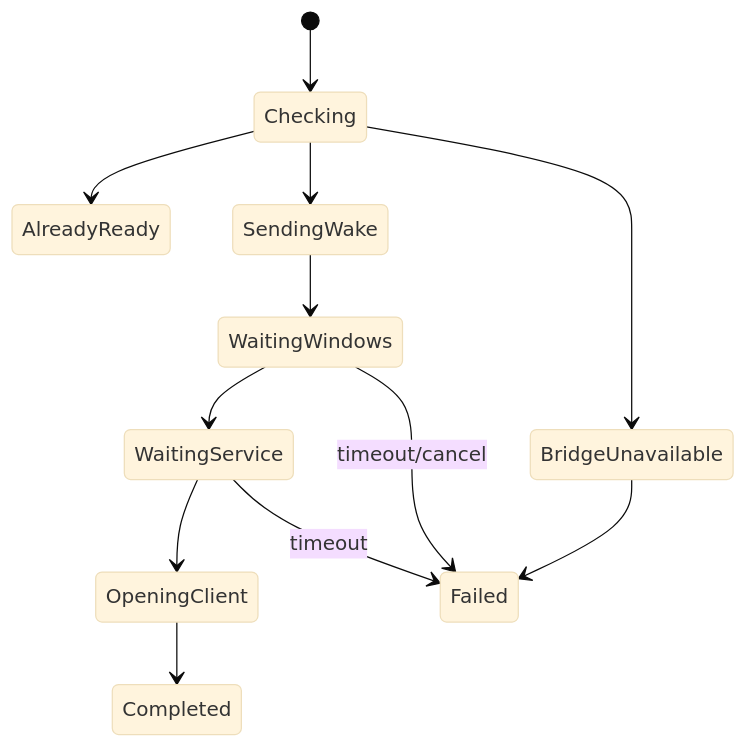
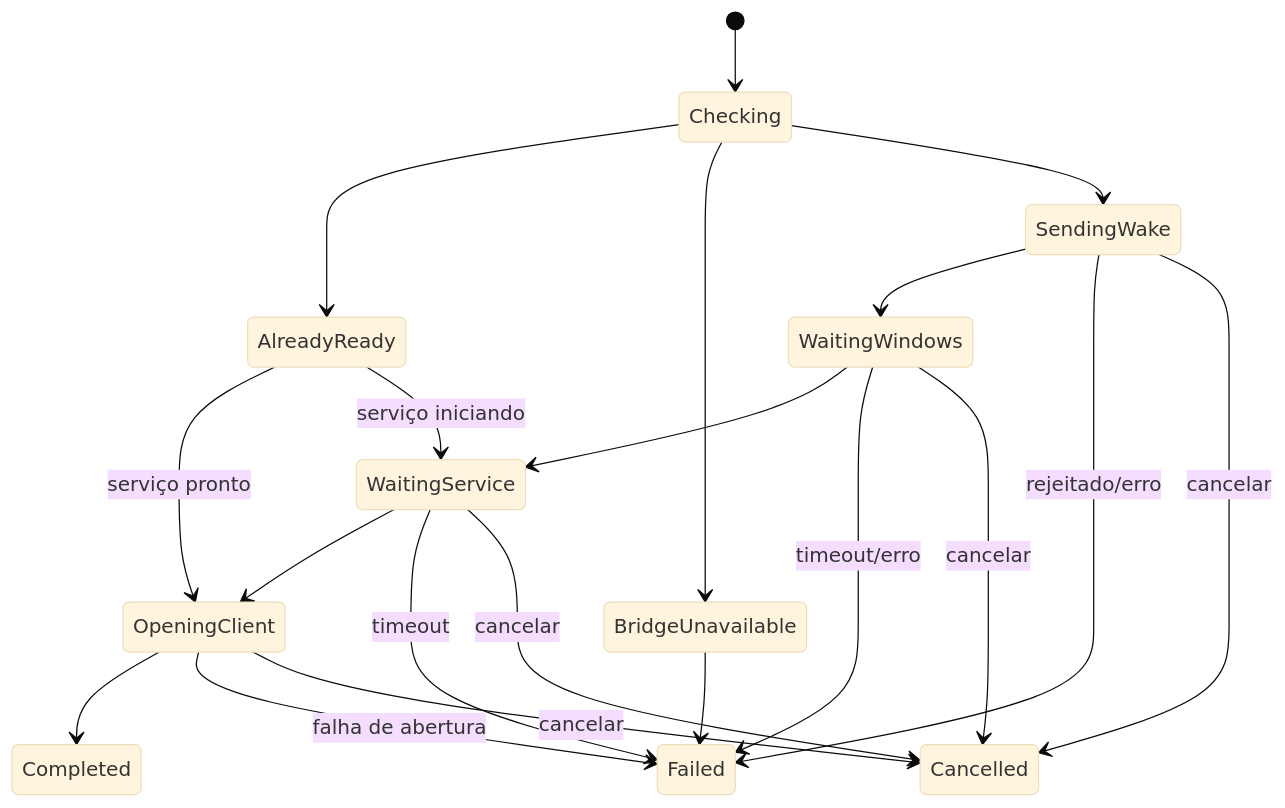
One commit to hmdev2/WakePilot changed the third of 3 diagrams in docs/08-arquitetura.md. Above: the diagram before and after it, drawn with Mermaid (base theme). The commit also changed other lines of this file and 5 other files, not shown here.

````diff
--- a/docs/08-arquitetura.md
+++ b/docs/08-arquitetura.md
@@ -102,14 +102,22 @@
 ```mermaid
 stateDiagram-v2
     [*] --> Checking
     Checking --> AlreadyReady
     Checking --> BridgeUnavailable
     Checking --> SendingWake
+    AlreadyReady --> OpeningClient: serviço pronto
+    AlreadyReady --> WaitingService: serviço iniciando
+    BridgeUnavailable --> Failed
     SendingWake --> WaitingWindows
     WaitingWindows --> WaitingService
     WaitingService --> OpeningClient
     OpeningClient --> Completed
-    BridgeUnavailable --> Failed
-    WaitingWindows --> Failed: timeout/cancel
+    SendingWake --> Failed: rejeitado/erro
+    WaitingWindows --> Failed: timeout/erro
     WaitingService --> Failed: timeout
+    OpeningClient --> Failed: falha de abertura
+    SendingWake --> Cancelled: cancelar
+    WaitingWindows --> Cancelled: cancelar
+    WaitingService --> Cancelled: cancelar
+    OpeningClient --> Cancelled: cancelar
 ```
````
